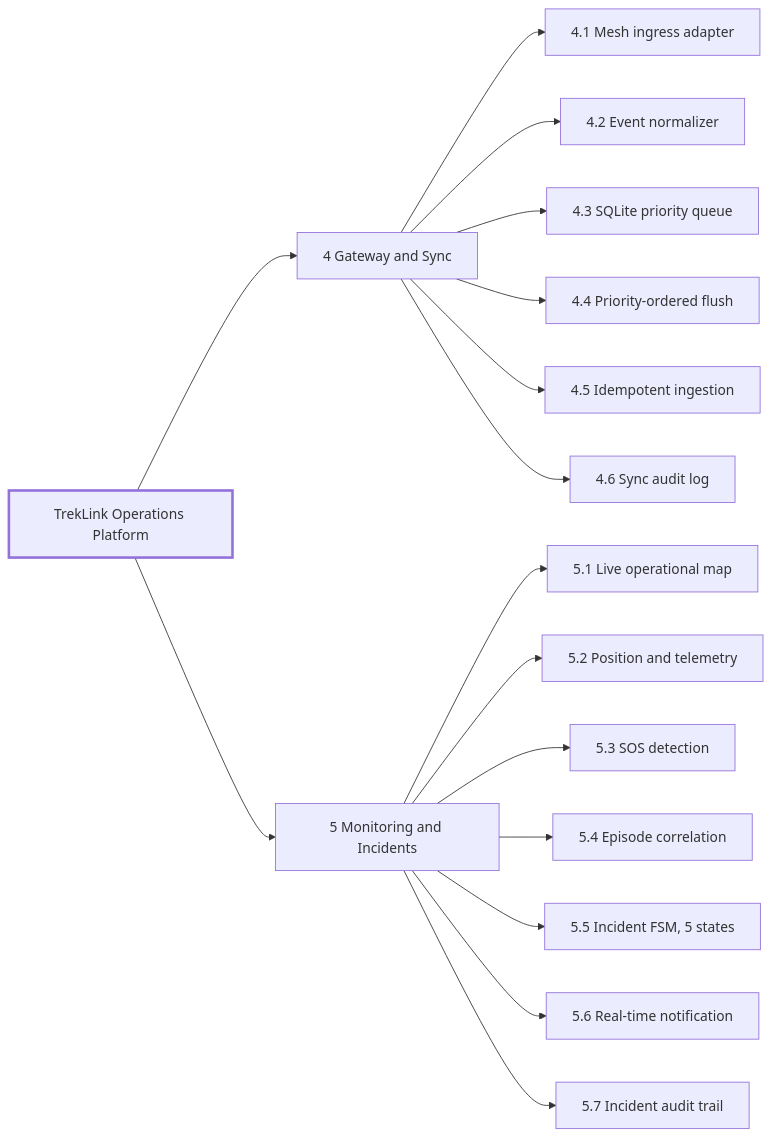
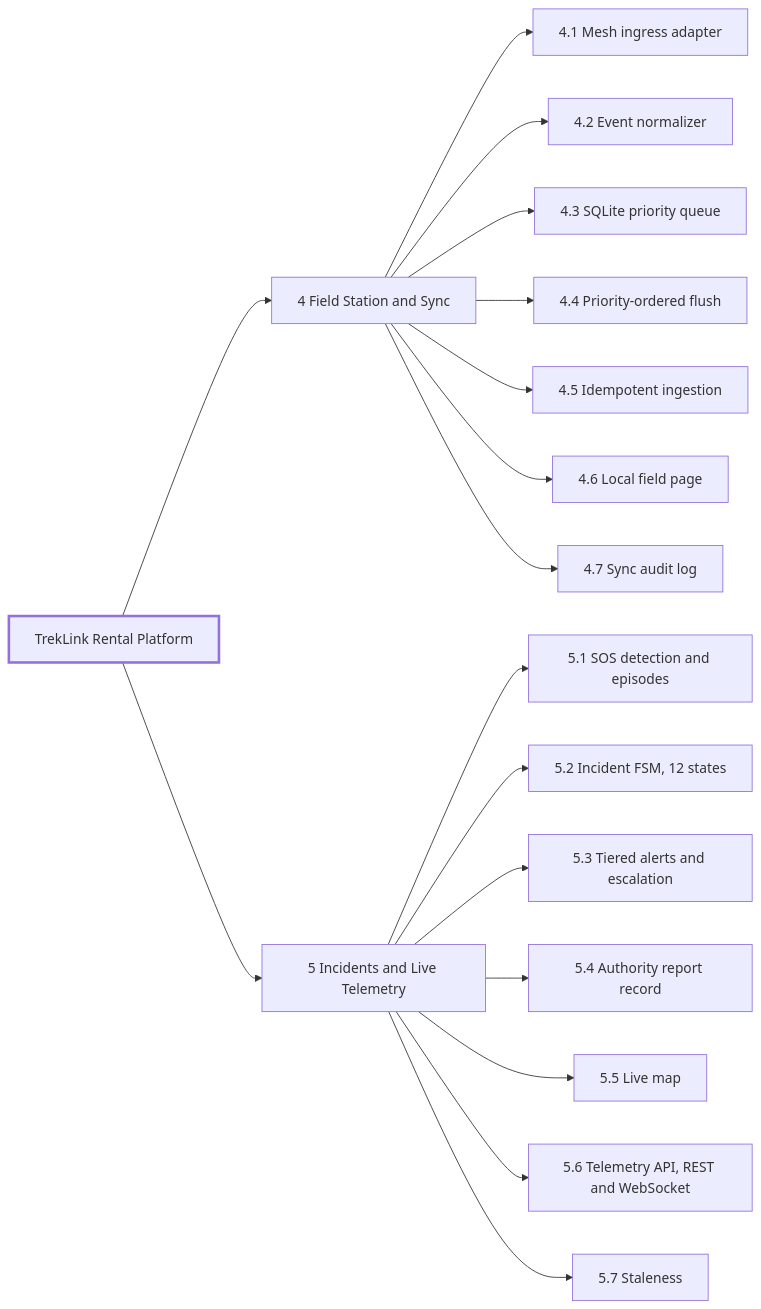
The sixth of 7 diagrams in _docs/00-project-context/06-requirements-foundation.md (TrekLink-Team/treklink-docs), drawn with Mermaid before and after one commit. The commit also changed other lines of this file and 8 other files, not shown here.

First line of the commit message:
docs: rescope to an enterprise device-rental platform (D-033 to D-035)

````diff
--- a/_docs/00-project-context/06-requirements-foundation.md
+++ b/_docs/00-project-context/06-requirements-foundation.md
@@ -209,9 +167,9 @@
 ```mermaid
 flowchart LR
-    ROOT[TrekLink Operations Platform]
-    ROOT --> F4[4 Gateway and Sync]
-    ROOT --> F5[5 Monitoring and Incidents]
-    F4 --> F4a[4.1 Mesh ingress adapter] & F4b[4.2 Event normalizer] & F4c[4.3 SQLite priority queue] & F4d[4.4 Priority-ordered flush] & F4e[4.5 Idempotent ingestion] & F4f[4.6 Sync audit log]
-    F5 --> F5a[5.1 Live operational map] & F5b[5.2 Position and telemetry] & F5c[5.3 SOS detection] & F5d[5.4 Episode correlation] & F5e[5.5 Incident FSM, 5 states] & F5f[5.6 Real-time notification] & F5g[5.7 Incident audit trail]
+    ROOT[TrekLink Rental Platform]
+    ROOT --> F4[4 Field Station and Sync]
+    ROOT --> F5[5 Incidents and Live Telemetry]
+    F4 --> F4a[4.1 Mesh ingress adapter] & F4b[4.2 Event normalizer] & F4c[4.3 SQLite priority queue] & F4d[4.4 Priority-ordered flush] & F4e[4.5 Idempotent ingestion] & F4f[4.6 Local field page] & F4g[4.7 Sync audit log]
+    F5 --> F5a[5.1 SOS detection and episodes] & F5b[5.2 Incident FSM, 12 states] & F5c[5.3 Tiered alerts and escalation] & F5d[5.4 Authority report record] & F5e[5.5 Live map] & F5f[5.6 Telemetry API, REST and WebSocket] & F5g[5.7 Staleness]
     style ROOT stroke-width:3px
 ```
````
